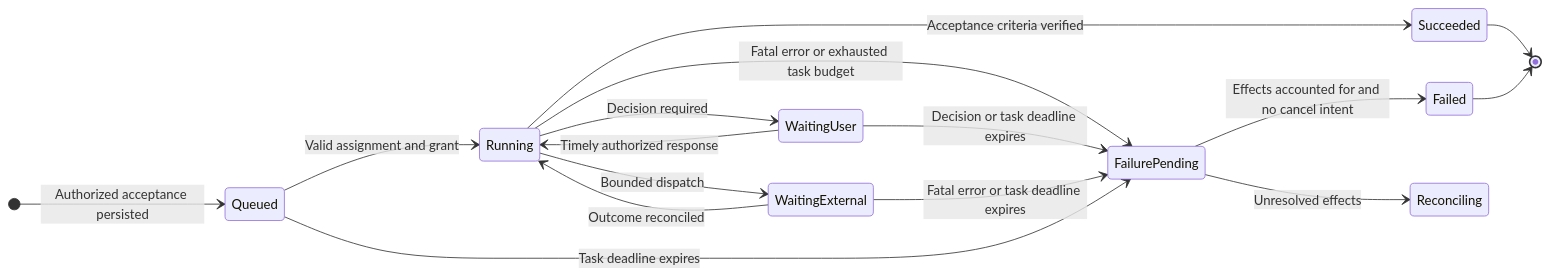
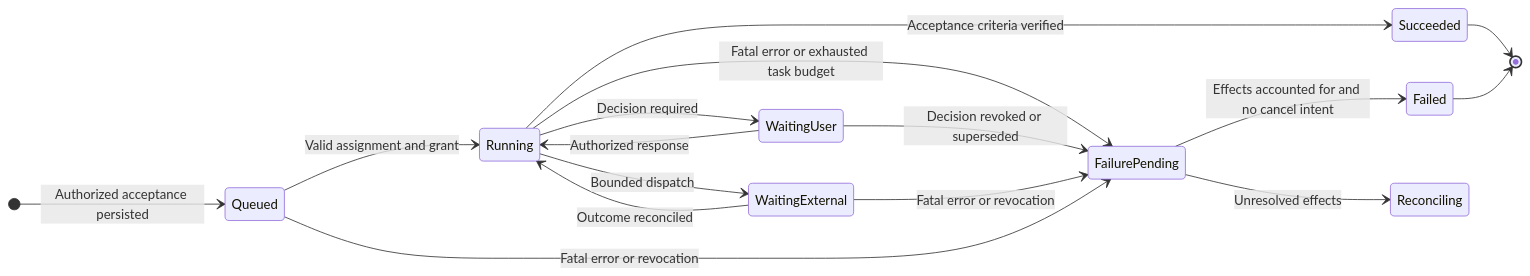
The first of 13 diagrams in docs/designs/core-harness-brief.md (pidster/asura), drawn with Mermaid before and after one commit. The commit also changed other lines of this file and 80 other files, not shown here.

````diff
--- a/docs/designs/core-harness-brief.md
+++ b/docs/designs/core-harness-brief.md
@@ -46,19 +46,19 @@
 ```mermaid
 stateDiagram-v2
     direction LR
     [*] --> Queued: Authorized acceptance persisted
     Queued --> Running: Valid assignment and grant
     Running --> WaitingUser: Decision required
-    WaitingUser --> Running: Timely authorized response
+    WaitingUser --> Running: Authorized response
     Running --> WaitingExternal: Bounded dispatch
     WaitingExternal --> Running: Outcome reconciled
     Running --> Succeeded: Acceptance criteria verified
     Running --> FailurePending: Fatal error or exhausted task budget
-    WaitingUser --> FailurePending: Decision or task deadline expires
-    WaitingExternal --> FailurePending: Fatal error or task deadline expires
-    Queued --> FailurePending: Task deadline expires
+    WaitingUser --> FailurePending: Decision revoked or superseded
+    WaitingExternal --> FailurePending: Fatal error or revocation
+    Queued --> FailurePending: Fatal error or revocation
     FailurePending --> Failed: Effects accounted for and no cancel intent
     FailurePending --> Reconciling: Unresolved effects
     Succeeded --> [*]
     Failed --> [*]
 ```
````
